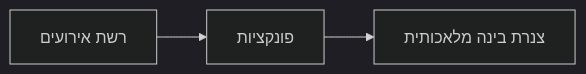
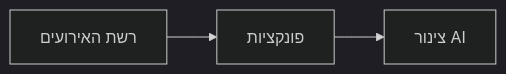
One commit to microsoft/AZD-for-beginners changed the second of 2 diagrams in translations/he/docs/chapter-08-production/README.md. Above: the diagram before and after it, drawn with Mermaid (dark theme). The commit also changed other lines of this file and 101 other files, not shown here.

````diff
--- a/translations/he/docs/chapter-08-production/README.md
+++ b/translations/he/docs/chapter-08-production/README.md
@@ -54,4 +56,4 @@
 ```mermaid
 graph LR
-    EventGrid[רשת אירועים] --> Functions[פונקציות] --> Pipeline[צנרת בינה מלאכותית]
+    EventGrid[רשת האירועים] --> Functions[פונקציות] --> Pipeline[צינור AI]
 ```
````
